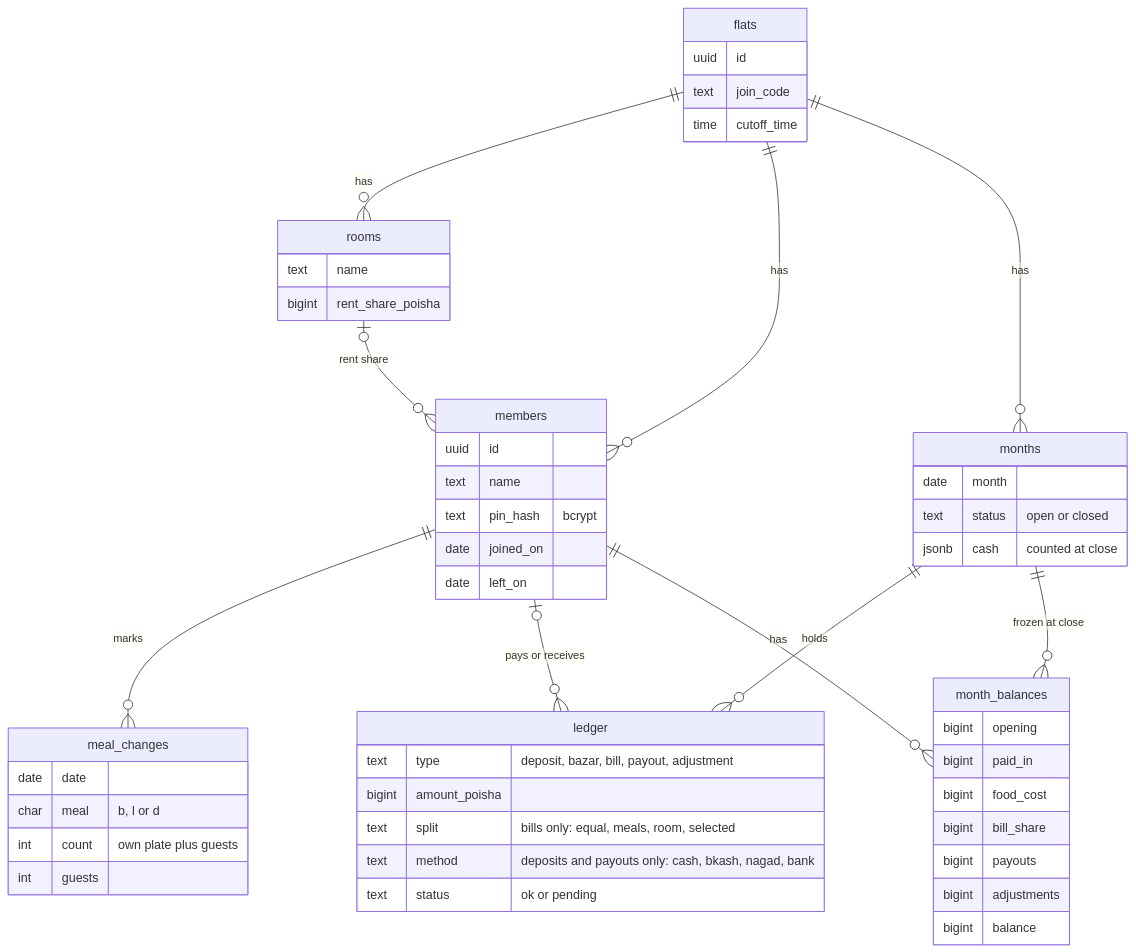
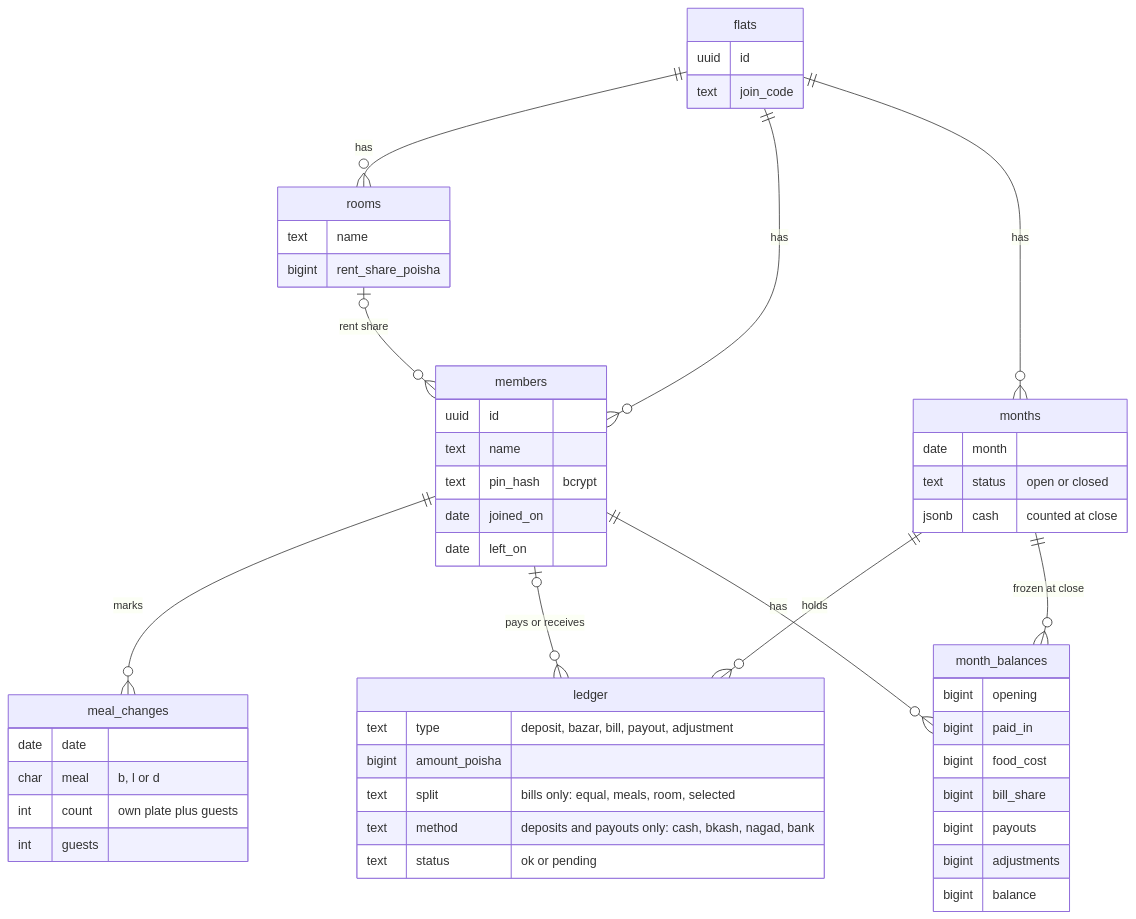
The second of 3 diagrams in README.md (07fahim/bashabook), drawn with Mermaid before and after one commit. The commit also changed 23 other files, not shown here.

````diff
--- a/README.md
+++ b/README.md
@@ -77,55 +77,54 @@
 ```mermaid
 erDiagram
   flats ||--o{ rooms : has
   flats ||--o{ members : has
   flats ||--o{ months : has
   rooms |o--o{ members : "rent share"
   members ||--o{ meal_changes : marks
   months ||--o{ ledger : holds
   members |o--o{ ledger : "pays or receives"
   months ||--o{ month_balances : "frozen at close"
   members ||--o{ month_balances : has
   flats {
     uuid id
     text join_code
-    time cutoff_time
   }
   rooms {
     text name
     bigint rent_share_poisha
   }
   members {
     uuid id
     text name
     text pin_hash "bcrypt"
     date joined_on
     date left_on
   }
   meal_changes {
     date date
     char meal "b, l or d"
     int count "own plate plus guests"
     int guests
   }
   months {
     date month
     text status "open or closed"
     jsonb cash "counted at close"
   }
   ledger {
     text type "deposit, bazar, bill, payout, adjustment"
     bigint amount_poisha
     text split "bills only: equal, meals, room, selected"
     text method "deposits and payouts only: cash, bkash, nagad, bank"
     text status "ok or pending"
   }
   month_balances {
     bigint opening
     bigint paid_in
     bigint food_cost
     bigint bill_share
     bigint payouts
     bigint adjustments
     bigint balance
   }
 ```
````
